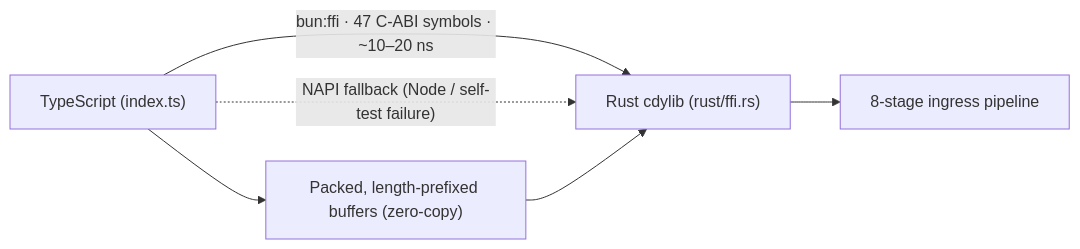
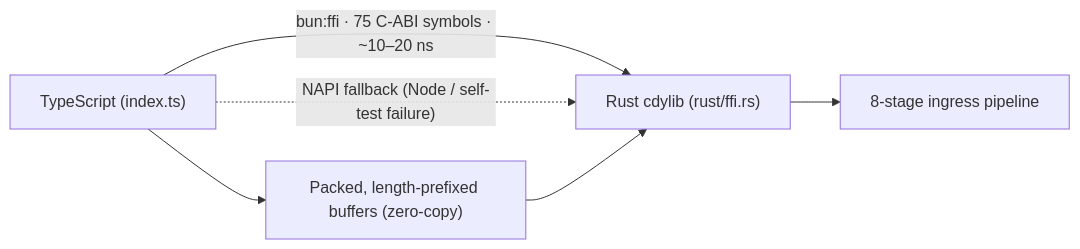
One commit to Axylabs/castrum changed the diagram in docs/CASE_STUDY.md. Above: the diagram before and after it, drawn with Mermaid. The commit also changed other lines of this file and 158 other files, not shown here.

````diff
--- a/docs/CASE_STUDY.md
+++ b/docs/CASE_STUDY.md
@@ -56,8 +57,8 @@
 ```mermaid
 flowchart LR
-    TS["TypeScript (index.ts)"] -->|"bun:ffi · 47 C-ABI symbols · ~10–20 ns"| RUST["Rust cdylib (rust/ffi.rs)"]
+    TS["TypeScript (index.ts)"] -->|"bun:ffi · 75 C-ABI symbols · ~10–20 ns"| RUST["Rust cdylib (rust/ffi.rs)"]
     TS -.->|"NAPI fallback (Node / self-test failure)"| RUST
     RUST --> PIPELINE["8-stage ingress pipeline"]
     TS --> PACKED["Packed, length-prefixed buffers (zero-copy)"]
     PACKED --> RUST
 ```
````
